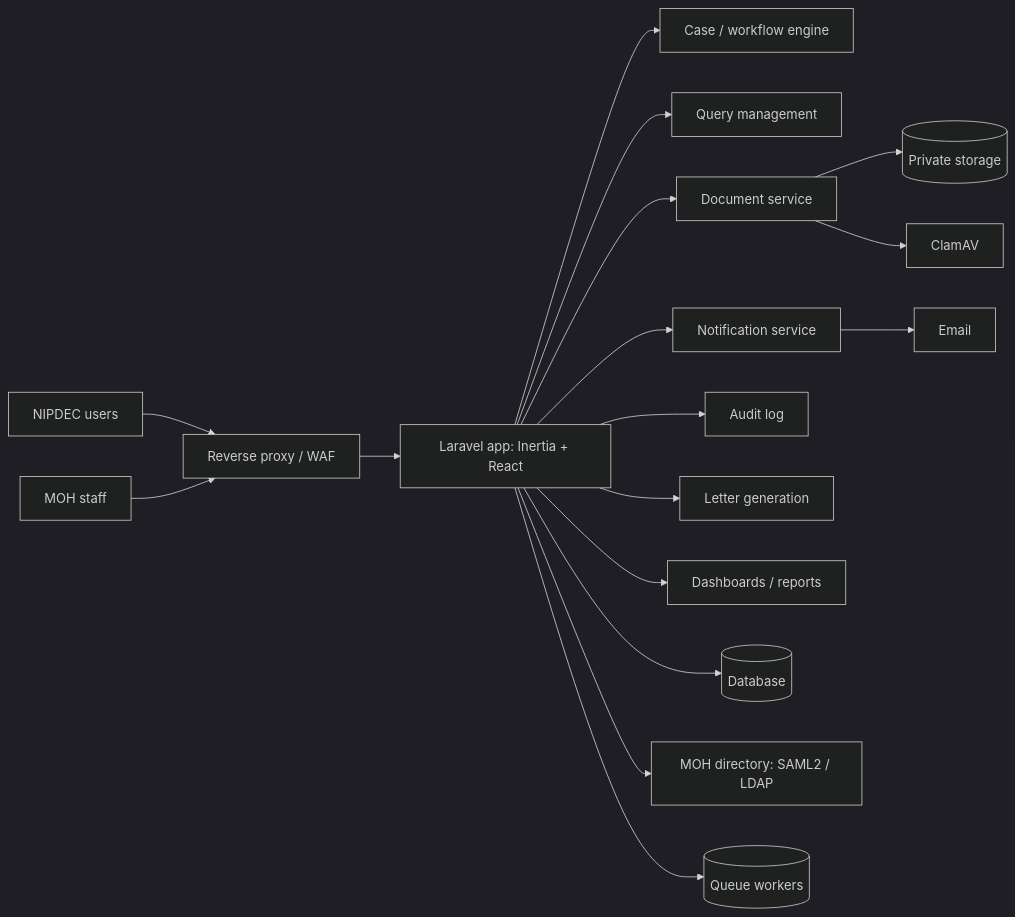
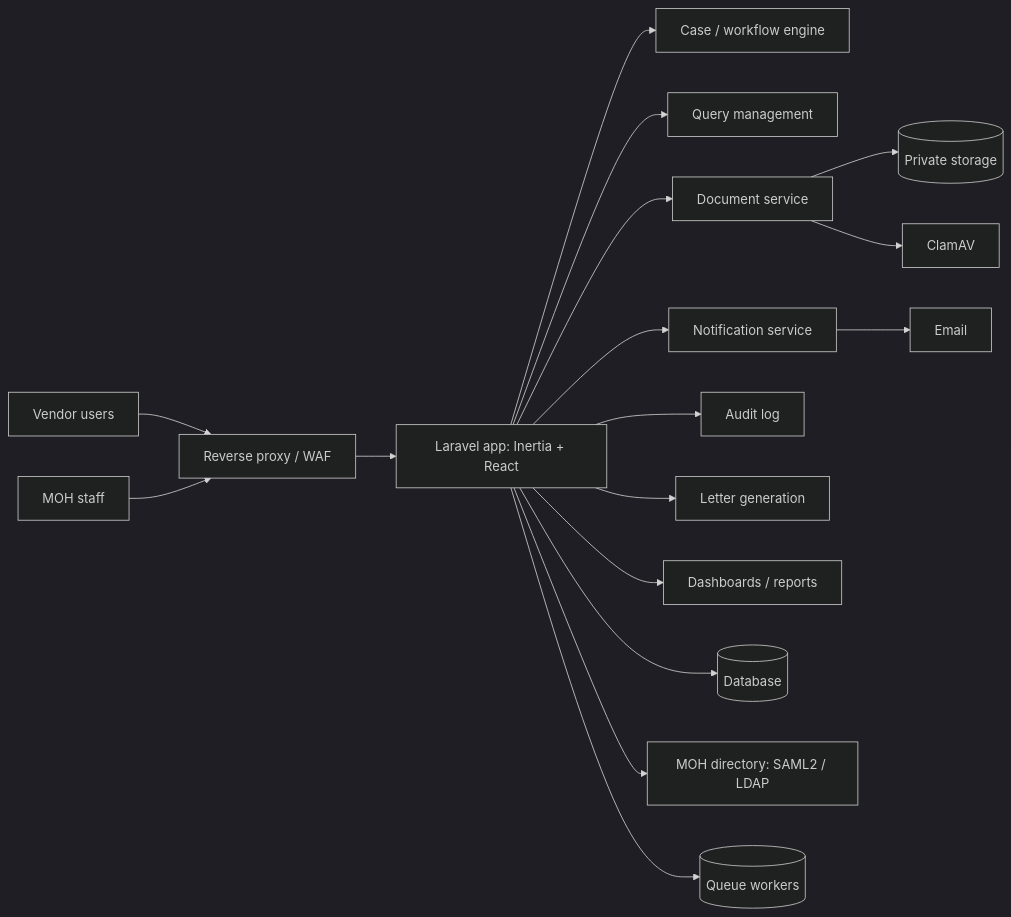
Before and after one commit to kyleblackman-moh/med_sup_track: the third of 3 diagrams in claude.md, drawn with Mermaid (dark theme). The commit also changed other lines of this file and 28 other files, not shown here.

First line of the commit message:
Add schema, roles, permissions and MOH seed data

````diff
--- a/claude.md
+++ b/claude.md
@@ -707,19 +710,19 @@
 ```mermaid
 flowchart LR
-    NIPDEC[NIPDEC users] --> WAF[Reverse proxy / WAF]
+    VENDOR[Vendor users] --> WAF[Reverse proxy / WAF]
     STAFF[MOH staff] --> WAF
     WAF --> APP[Laravel app: Inertia + React]
     APP --> WF[Case / workflow engine]
     APP --> Q[Query management]
     APP --> DOC[Document service]
     APP --> NOTIF[Notification service]
     APP --> AUDIT[Audit log]
     APP --> LET[Letter generation]
     APP --> DASH[Dashboards / reports]
     APP --> DB[(Database)]
     DOC --> STORE[(Private storage)]
     DOC --> AV[ClamAV]
     NOTIF --> MAIL[Email]
     APP --> SSO[MOH directory: SAML2 / LDAP]
     APP --> QUEUE[(Queue workers)]
 ```
````
